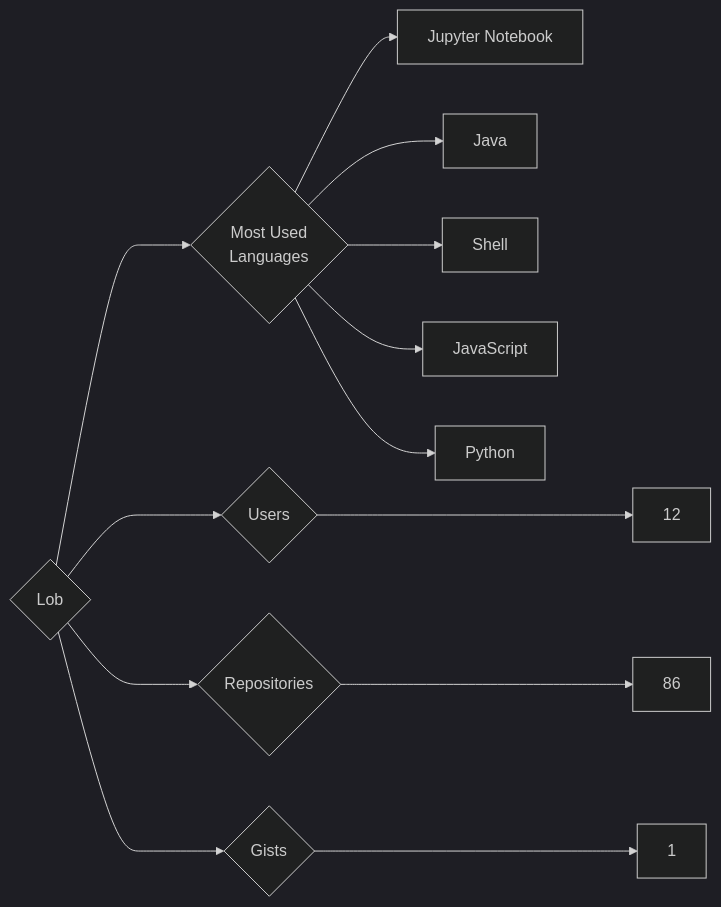
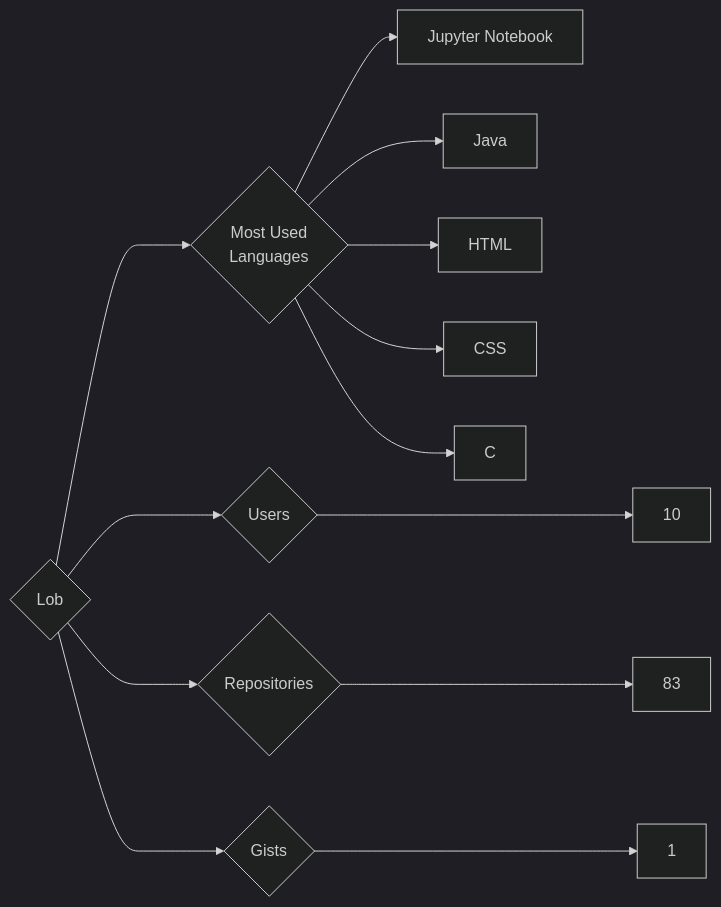
Before and after one commit to trickest/insiders: the diagram in targets/Lob/README.md, drawn with Mermaid (dark theme). The commit also changed 736 other files, not shown here.

````diff
--- a/targets/Lob/README.md
+++ b/targets/Lob/README.md
@@ -3,13 +3,13 @@
 ```mermaid
 graph LR
 COMPANY_NAME{Lob}
-COMPANY_NAME ---> U{Users} ---> UN[12]
-COMPANY_NAME ---> R{Repositories} ---> RN[86]
+COMPANY_NAME ---> U{Users} ---> UN[10]
+COMPANY_NAME ---> R{Repositories} ---> RN[83]
 COMPANY_NAME ---> G{Gists} ---> GN[1]
 COMPANY_NAME ---> ML{Most Used<br>Languages}
 ML --> Jupyter_Notebook[Jupyter Notebook]
 ML --> Java[Java]
-ML --> Shell[Shell]
-ML --> JavaScript[JavaScript]
-ML --> Python[Python]
+ML --> HTML[HTML]
+ML --> CSS[CSS]
+ML --> C[C]
 ```
````
